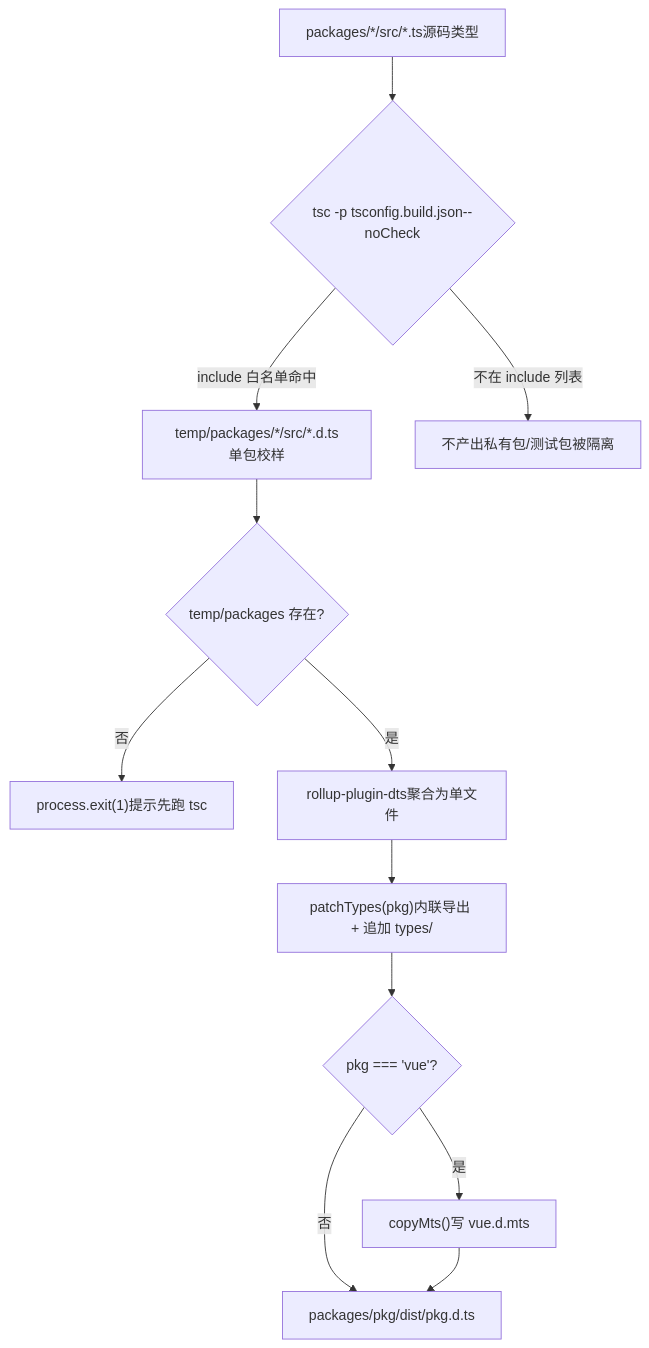
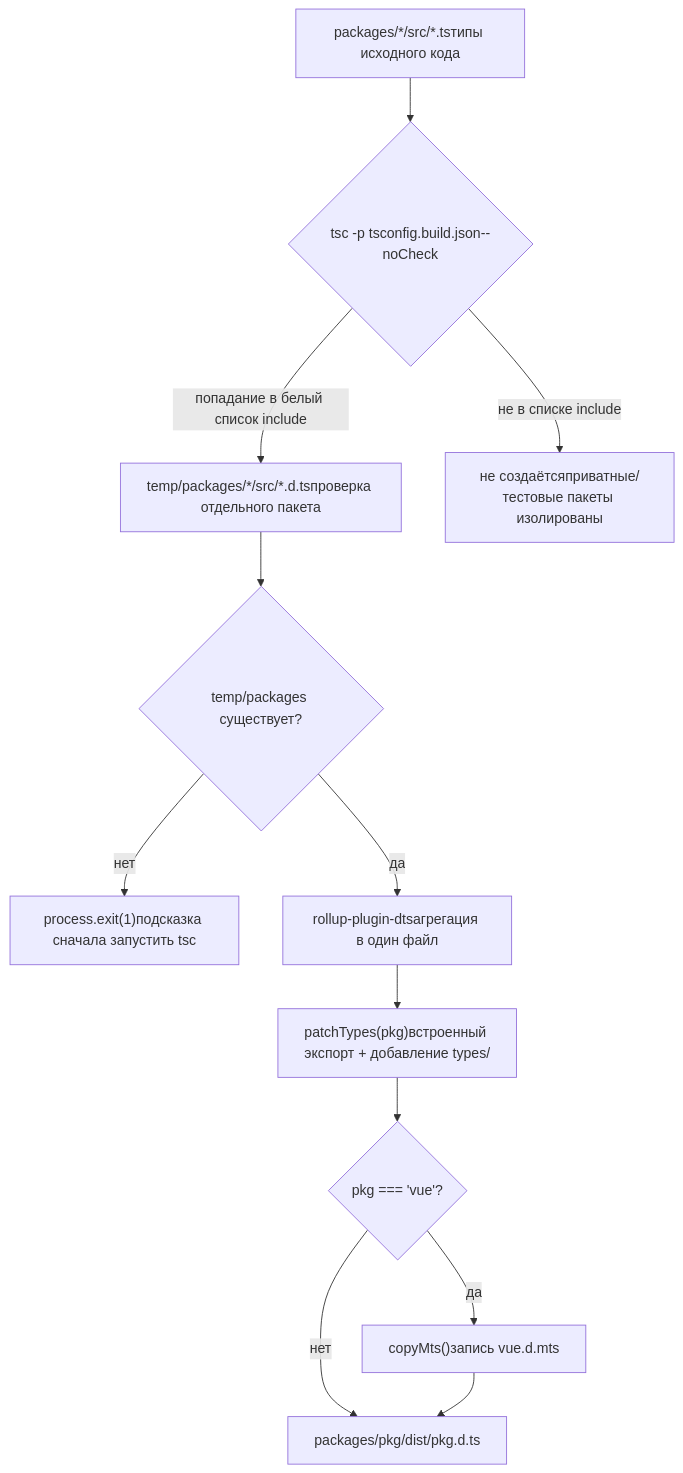
One commit to maleRjc/AiReadCodeBooks changed the first of 2 diagrams in books/vue3/ru/05-type-testing-pipeline.md. Above: the diagram before and after it, drawn with Mermaid. The commit also changed other lines of this file and 74 other files, not shown here.

````diff
--- a/books/vue3/ru/05-type-testing-pipeline.md
+++ b/books/vue3/ru/05-type-testing-pipeline.md
@@ -73,14 +73,14 @@
 ```mermaid
 flowchart TD
-    src["packages/*/src/*.ts源码类型"] --> tsc{"tsc -p tsconfig.build.json--noCheck"}
-    tsc -->|"include 白名单命中"| temp["temp/packages/*/src/*.d.ts单包校样"]
-    tsc -->|"不在 include 列表"| skip["不产出私有包/测试包被隔离"]
-    temp --> check{"temp/packages 存在?"}
-    check -->|"否"| exit["process.exit(1)提示先跑 tsc"]
-    check -->|"是"| rollup["rollup-plugin-dts聚合为单文件"]
-    rollup --> patch["patchTypes(pkg)内联导出 + 追加 types/"]
+    src["packages/*/src/*.tsтипы исходного кода"] --> tsc{"tsc -p tsconfig.build.json--noCheck"}
+    tsc -->|"попадание в белый список include"| temp["temp/packages/*/src/*.d.tsпроверка отдельного пакета"]
+    tsc -->|"не в списке include"| skip["не создаётсяприватные/тестовые пакеты изолированы"]
+    temp --> check{"temp/packages существует?"}
+    check -->|"нет"| exit["process.exit(1)подсказка сначала запустить tsc"]
+    check -->|"да"| rollup["rollup-plugin-dtsагрегация в один файл"]
+    rollup --> patch["patchTypes(pkg)встроенный экспорт + добавление types/"]
     patch --> vue{"pkg === 'vue'?"}
-    vue -->|"是"| mts["copyMts()写 vue.d.mts"]
-    vue -->|"否"| done["packages/pkg/dist/pkg.d.ts"]
+    vue -->|"да"| mts["copyMts()запись vue.d.mts"]
+    vue -->|"нет"| done["packages/pkg/dist/pkg.d.ts"]
     mts --> done
 ```
````
